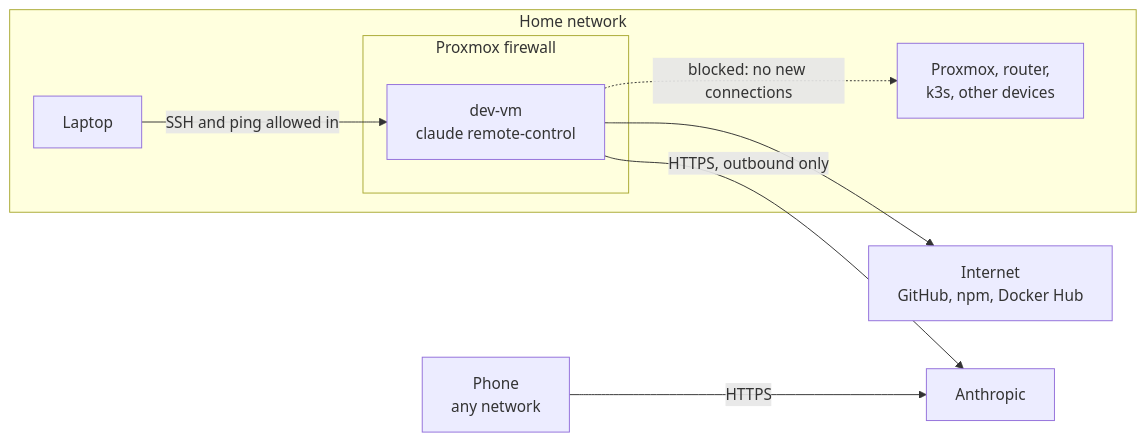
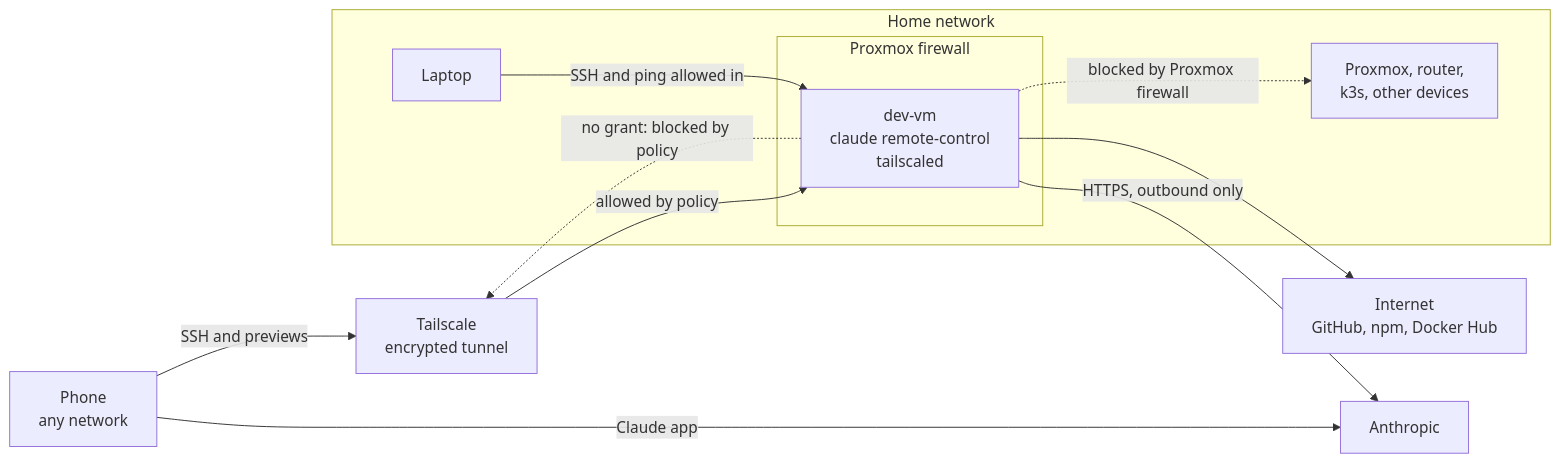
One commit to vuongsteven/kube-homelab changed the second of 2 diagrams in docs/side-lessons/dev-vm/README.md. Above: the diagram before and after it, drawn with Mermaid. The commit also changed other lines of this file and 2 other files, not shown here.

First line of the commit message:
Document Tailscale access for the dev VM

````diff
--- a/docs/side-lessons/dev-vm/README.md
+++ b/docs/side-lessons/dev-vm/README.md
@@ -67,20 +68,24 @@
 ```mermaid
 flowchart LR
   phone["Phone<br/>any network"]
   anthropic["Anthropic"]
+  tsnet["Tailscale<br/>encrypted tunnel"]
   internet["Internet<br/>GitHub, npm, Docker Hub"]
 
   subgraph home["Home network"]
     mac["Laptop"]
     lan["Proxmox, router,<br/>k3s, other devices"]
     subgraph pve["Proxmox firewall"]
-      vm["dev-vm<br/>claude remote-control"]
+      vm["dev-vm<br/>claude remote-control<br/>tailscaled"]
     end
   end
 
-  phone -->|"HTTPS"| anthropic
+  phone -->|"Claude app"| anthropic
   vm -->|"HTTPS, outbound only"| anthropic
+  phone -->|"SSH and previews"| tsnet
+  tsnet -->|"allowed by policy"| vm
+  vm -.->|"no grant: blocked by policy"| tsnet
   vm --> internet
   mac -->|"SSH and ping allowed in"| vm
-  vm -.->|"blocked: no new connections"| lan
+  vm -.->|"blocked by Proxmox firewall"| lan
 ```
````
